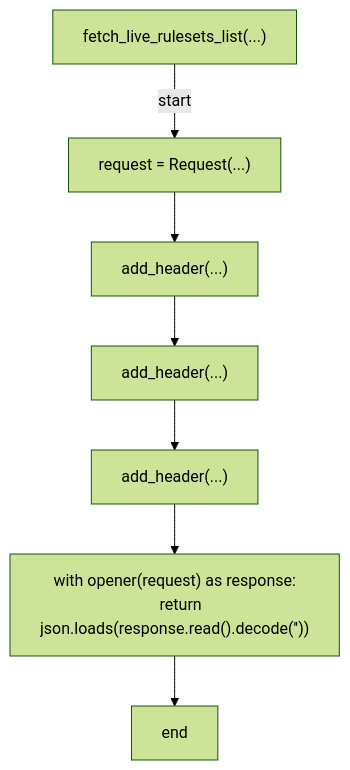
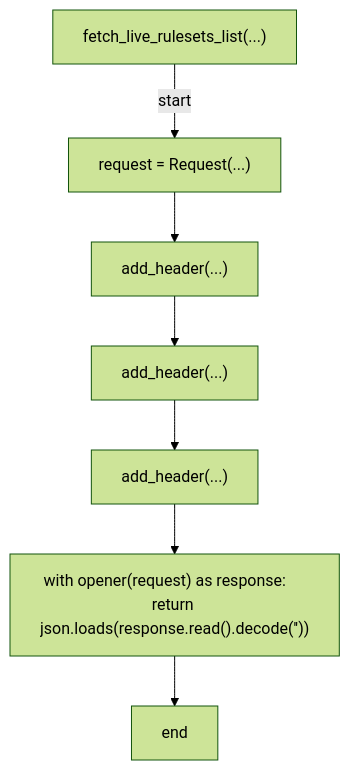
One commit to tvna/claude-md changed diagram 22 of 38 in docs/generated/scripts/ast/ruleset_drift.md. Above: the diagram before and after it, drawn with Mermaid (forest theme). The commit also changed other lines of this file and 29 other files, not shown here.

First line of the commit message:
docs(generated): regenerate decision tree and workflow diagrams (batch 3/5)

````diff
--- a/docs/generated/scripts/ast/ruleset_drift.md
+++ b/docs/generated/scripts/ast/ruleset_drift.md
@@ -272,17 +269,16 @@
 ```mermaid
 flowchart TD
     N001["fetch_live_rulesets_list(...)"]
     N002["request = Request(...)"]
     N003["add_header(...)"]
     N004["add_header(...)"]
     N005["add_header(...)"]
-    N006["with opener(request) as response:
-    return json.loads(response.read().decode('<str>'))"]
+    N006["with opener(request) as response:     return json.loads(response.read().decode('<str>'))"]
     N007["end"]
     N001 -->|"start"| N002
     N002 --> N003
     N003 --> N004
     N004 --> N005
     N005 --> N006
     N006 --> N007
 ```
````
